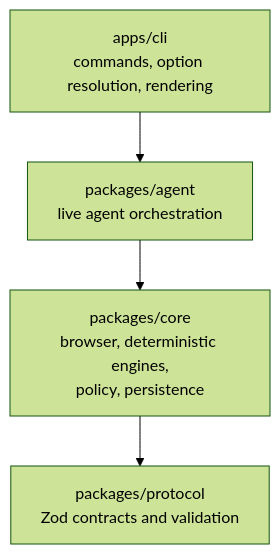
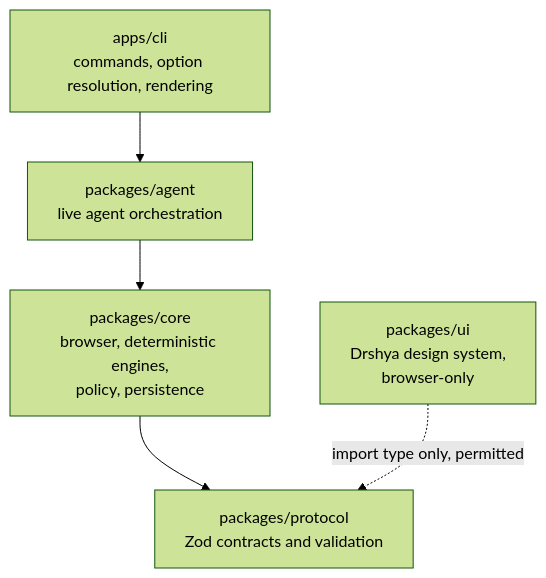
Before and after one commit to abranjith/yantra: the second of 29 diagrams in docs/architecture.md, drawn with Mermaid (forest theme). The commit also changed other lines of this file and 127 other files, not shown here.

````diff
--- a/docs/architecture.md
+++ b/docs/architecture.md
@@ -61,9 +67,11 @@
 ```mermaid
 flowchart TD
   CLI[apps/cli<br/>commands, option resolution, rendering]
   Agent[packages/agent<br/>live agent orchestration]
   Core[packages/core<br/>browser, deterministic engines,<br/>policy, persistence]
   Protocol[packages/protocol<br/>Zod contracts and validation]
+  UI[packages/ui<br/>Drshya design system,<br/>browser-only]
 
   CLI --> Agent --> Core --> Protocol
+  UI -.->|import type only, permitted| Protocol
 ```
````
